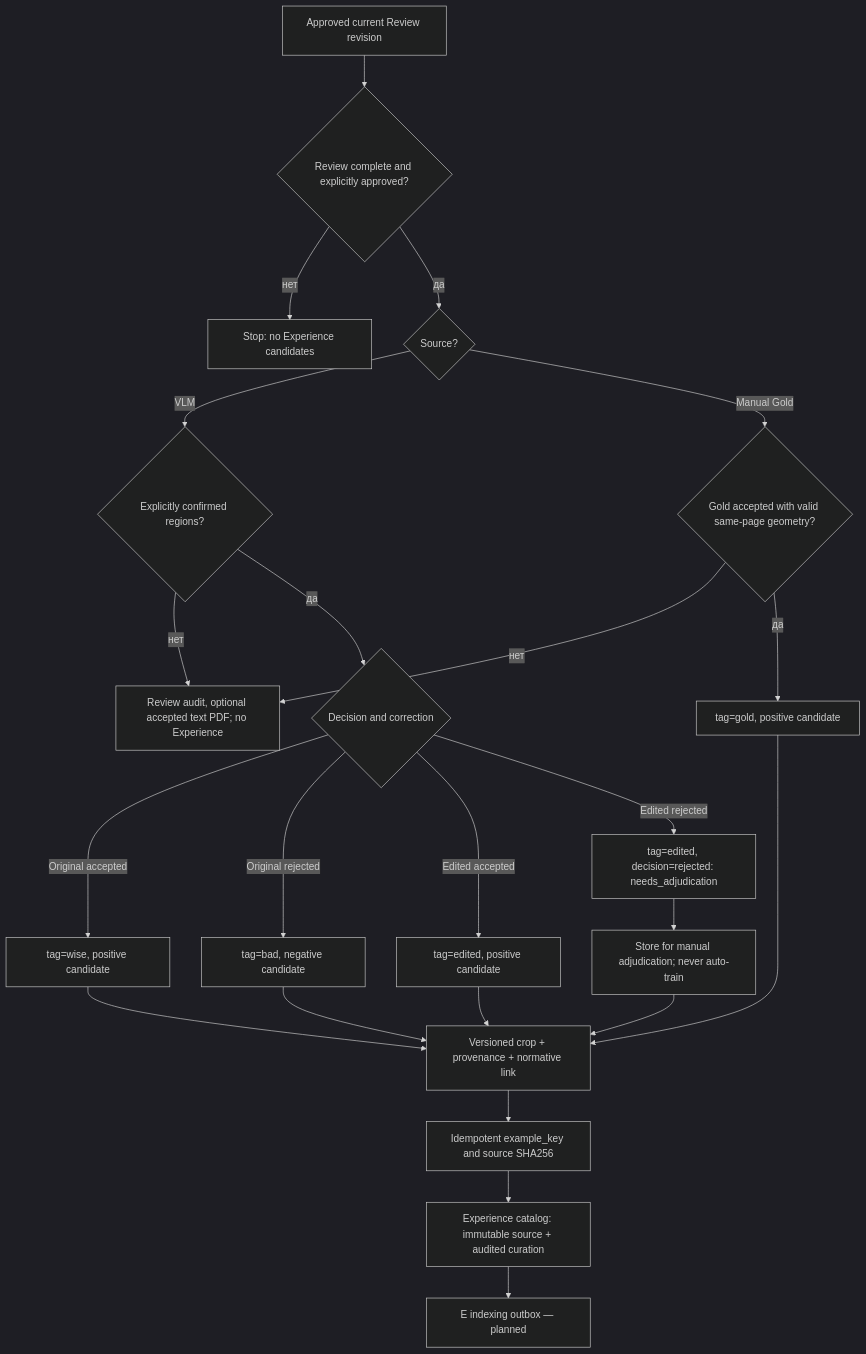
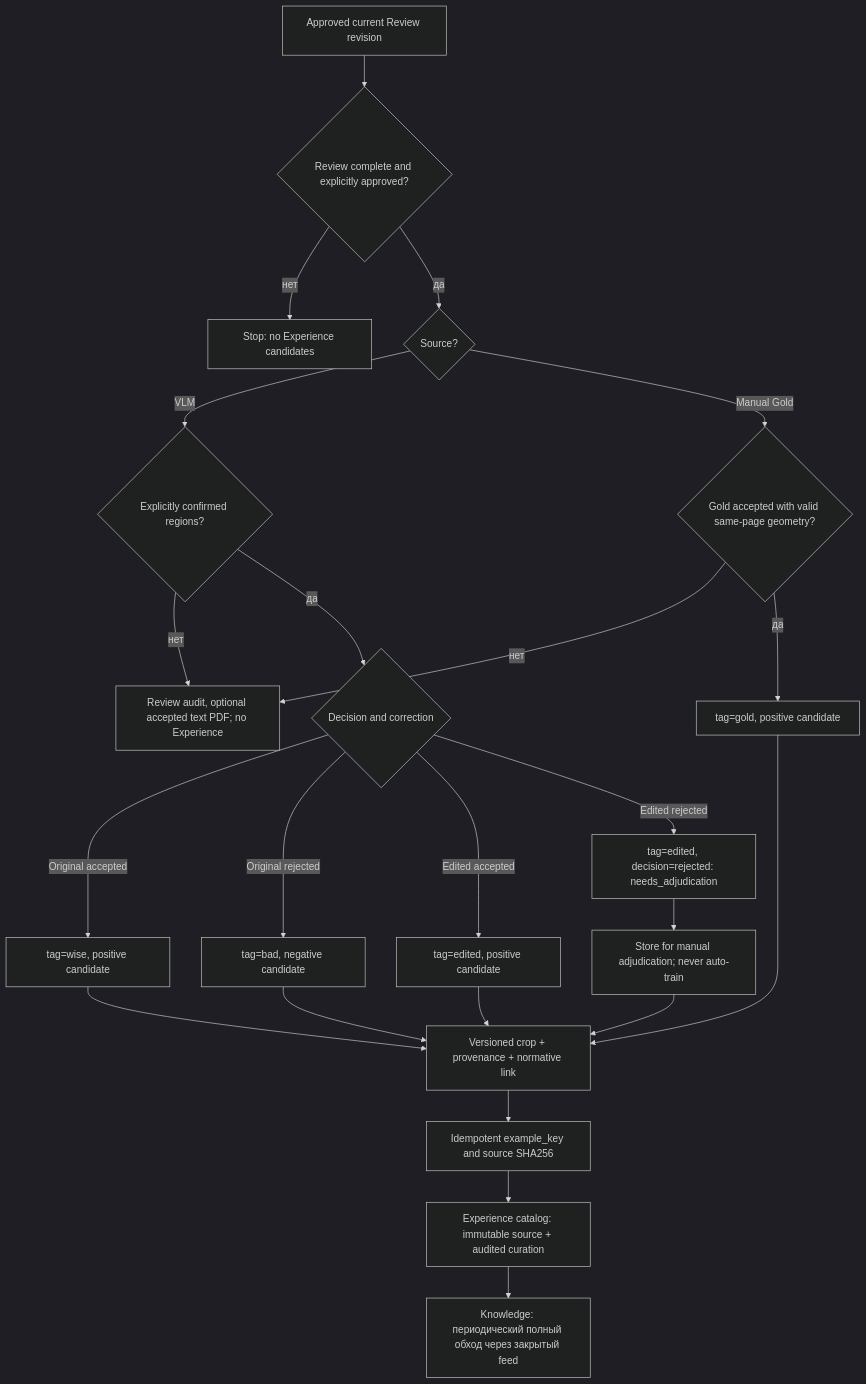
Before and after one commit to Amadu-A/PDRD-validation: diagram 13 of 15 in README.md, drawn with Mermaid (dark theme). The commit also changed other lines of this file and 48 other files, not shown here.

````diff
--- a/README.md
+++ b/README.md
@@ -634,25 +634,25 @@
 ```mermaid
 flowchart TD
     START["Approved current Review revision"] --> COMPLETE{"Review complete and explicitly approved?"}
     COMPLETE -->|нет| STOP["Stop: no Experience candidates"]
     COMPLETE -->|да| SOURCE{"Source?"}
     SOURCE -->|VLM| VA{"Explicitly confirmed regions?"}
     VA -->|нет| AUDIT["Review audit, optional accepted text PDF; no Experience"]
     VA -->|да| DEC{"Decision and correction"}
     SOURCE -->|Manual Gold| GA{"Gold accepted with valid same-page geometry?"}
     GA -->|нет| AUDIT
     GA -->|да| GOLD["tag=gold, positive candidate"]
     DEC -->|Original accepted| WISE["tag=wise, positive candidate"]
     DEC -->|Original rejected| BAD["tag=bad, negative candidate"]
     DEC -->|Edited accepted| EDIT["tag=edited, positive candidate"]
     DEC -->|Edited rejected| ADJ["tag=edited, decision=rejected: needs_adjudication"]
     WISE --> ASSET["Versioned crop + provenance + normative link"]
     BAD --> ASSET
     EDIT --> ASSET
     GOLD --> ASSET
     ADJ --> HOLD["Store for manual adjudication; never auto-train"]
     HOLD --> ASSET
     ASSET --> DEDUP["Idempotent example_key and source SHA256"]
     DEDUP --> STORE["Experience catalog: immutable source + audited curation"]
-    STORE --> INDEX["E indexing outbox — planned"]
+    STORE --> INDEX["Knowledge: периодический полный обход через закрытый feed"]
 ```
````
